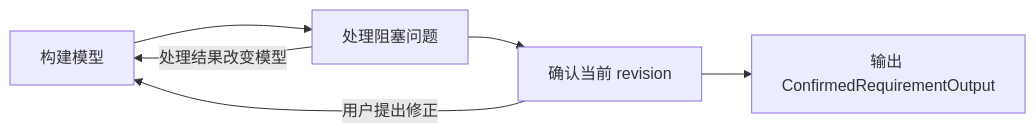
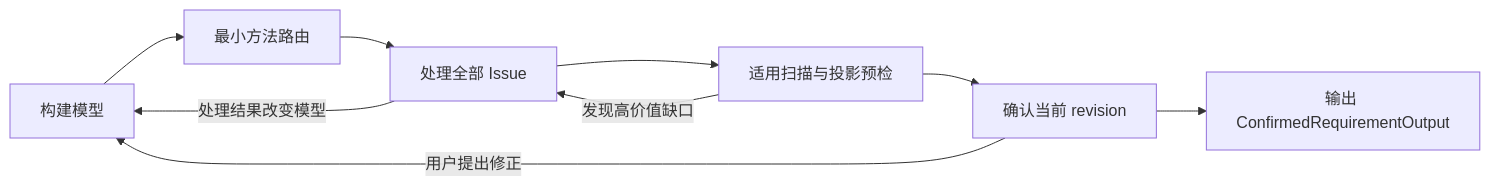
Before and after one commit to shirayner/ace: the third of 3 diagrams in tmpdoc/requirement-understanding-skill-design/design.md, drawn with Mermaid. The commit also changed other lines of this file and 14 other files, not shown here.

````diff
--- a/tmpdoc/requirement-understanding-skill-design/design.md
+++ b/tmpdoc/requirement-understanding-skill-design/design.md
@@ -687,9 +986,12 @@
 ```mermaid
 flowchart LR
-    A[构建模型] --> B[处理阻塞问题]
-    B --> C[确认当前 revision]
-    C --> D[输出 ConfirmedRequirementOutput]
+    A[构建模型] --> B[最小方法路由]
+    B --> C[处理全部 Issue]
+    C --> D[适用扫描与投影预检]
+    D --> E[确认当前 revision]
+    E --> F[输出 ConfirmedRequirementOutput]
 
-    B -->|处理结果改变模型| A
-    C -->|用户提出修正| A
+    C -->|处理结果改变模型| A
+    D -->|发现高价值缺口| C
+    E -->|用户提出修正| A
 ```
````
